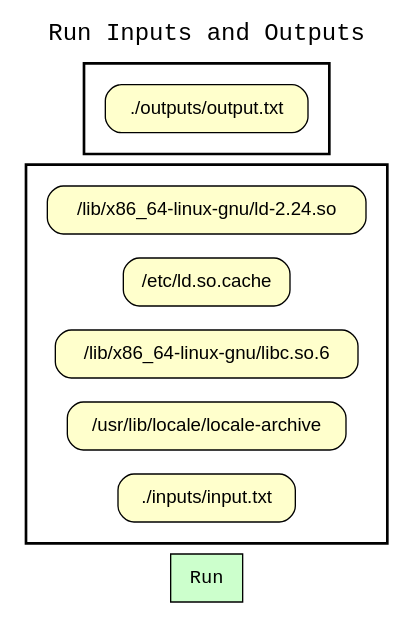
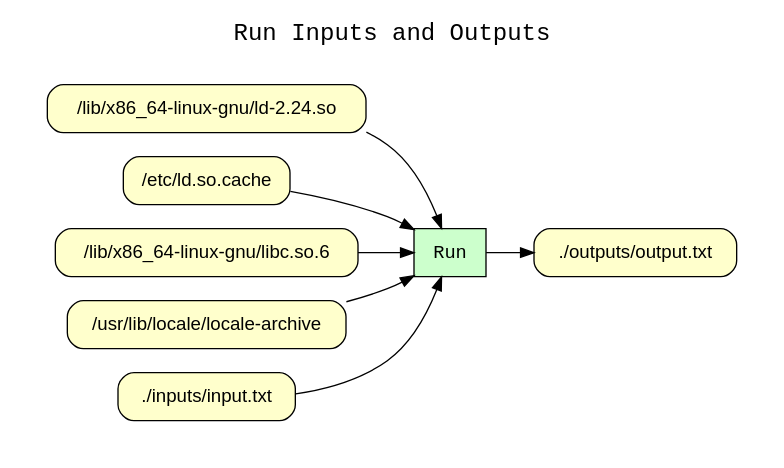
Before and after one commit to CIRSS/cpr: the diagram in examples/05-cat-file-to-file/graphs/wt_run_inputs_outputs.dot, drawn with Graphviz. The commit also changed 16 other files, not shown here.

Commit message:
Added edges from inputs to run, and from run to outputs.

```diff
--- a/examples/05-cat-file-to-file/graphs/wt_run_inputs_outputs.dot
+++ b/examples/05-cat-file-to-file/graphs/wt_run_inputs_outputs.dot
@@ -1,22 +1,28 @@
 
 digraph wt_run {
 rankdir=LR
 fontname=Courier; fontsize=18; labelloc=t
 label="Run Inputs and Outputs"
 node[shape=box style="filled" fillcolor="#CCFFCC" peripheries=1 fontname=Courier]
 "Run"
-subgraph cluster_inputs { label=""; color=black; penwidth=2
+subgraph cluster_inputs { label=""; color=white; penwidth=2
 subgraph cluster_inputs_inner { label=""; color=white
 node[shape=box style="rounded,filled" fillcolor="#FFFFCC" peripheries=1 fontname=Helvetica]
 "input:/lib/x86_64-linux-gnu/ld-2.24.so" [label="/lib/x86_64-linux-gnu/ld-2.24.so"]
 "input:/etc/ld.so.cache" [label="/etc/ld.so.cache"]
 "input:/lib/x86_64-linux-gnu/libc.so.6" [label="/lib/x86_64-linux-gnu/libc.so.6"]
 "input:/usr/lib/locale/locale-archive" [label="/usr/lib/locale/locale-archive"]
 "input:./inputs/input.txt" [label="./inputs/input.txt"]
 }}
-subgraph cluster_outputs { label=""; color=black; penwidth=2
+subgraph cluster_outputs { label=""; color=white; penwidth=2
 subgraph cluster_outputs_inner { label=""; color=white
 node[shape=box style="rounded,filled" fillcolor="#FFFFCC" peripheries=1 fontname=Helvetica]
 "output:./outputs/output.txt" [label="./outputs/output.txt"]
 }}
+"input:/lib/x86_64-linux-gnu/ld-2.24.so" -> "Run"
+"input:/etc/ld.so.cache" -> "Run"
+"input:/lib/x86_64-linux-gnu/libc.so.6" -> "Run"
+"input:/usr/lib/locale/locale-archive" -> "Run"
+"input:./inputs/input.txt" -> "Run"
+"Run" -> "output:./outputs/output.txt"
 }
```
